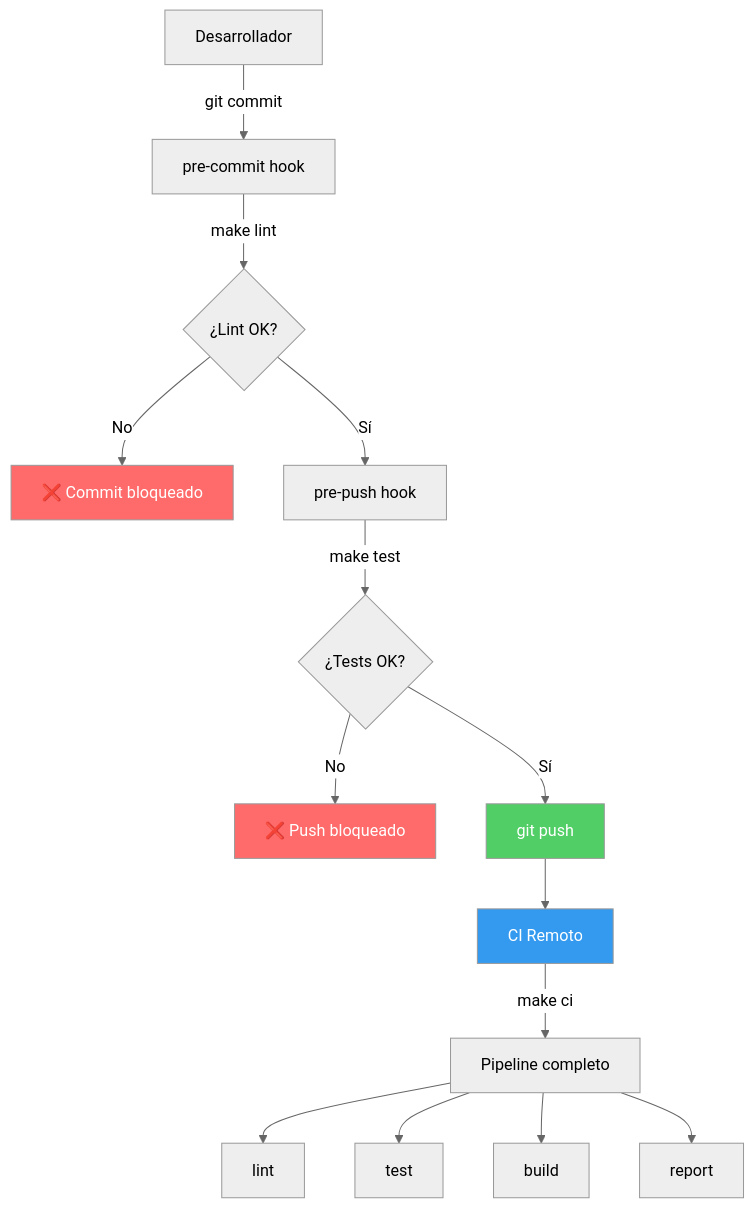
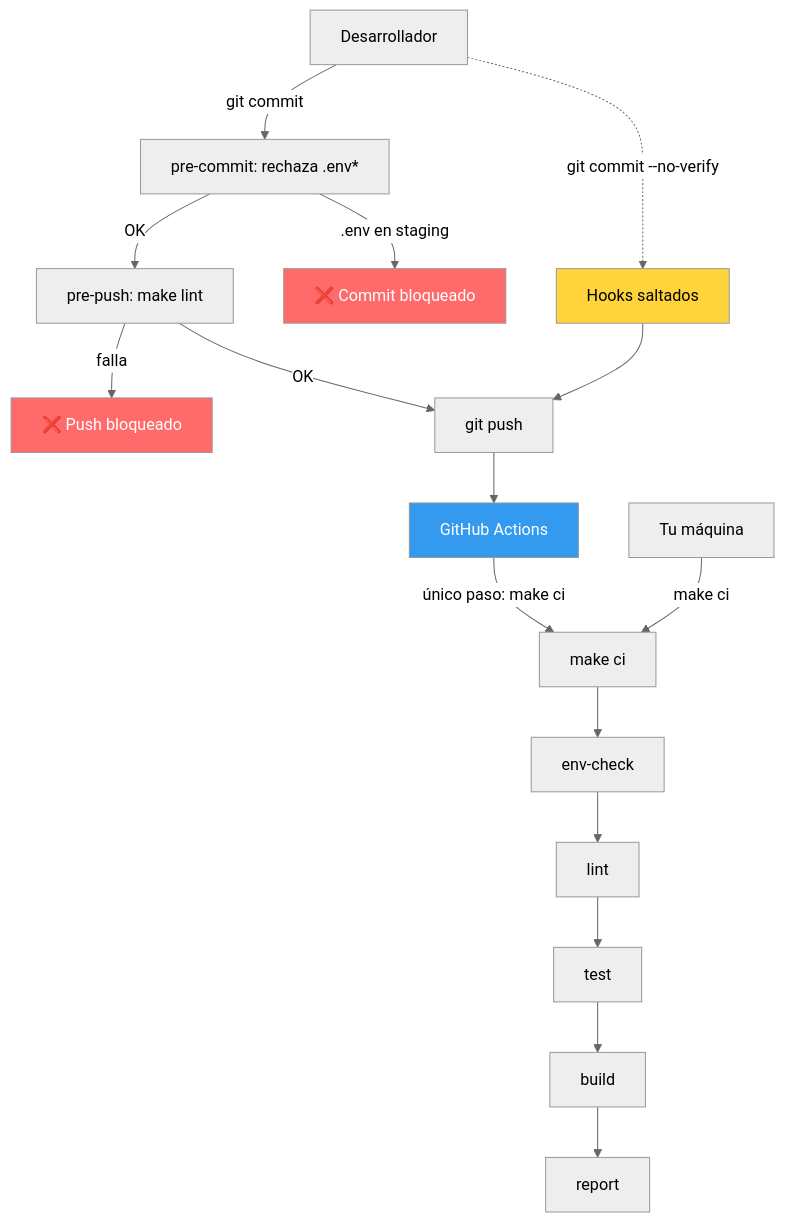
Before and after one commit to ergrato-dev/bc-makefile: the diagram in bootcamp/week-12-make_como_orquestador_devops/0-assets/01-make-como-orquestador.md, drawn with Mermaid (neutral theme). The commit also changed other lines of this file and 110 other files, not shown here.

````diff
--- a/bootcamp/week-12-make_como_orquestador_devops/0-assets/01-make-como-orquestador.md
+++ b/bootcamp/week-12-make_como_orquestador_devops/0-assets/01-make-como-orquestador.md
@@ -3,21 +3,19 @@
 ```mermaid
 graph TD
-    DEV[Desarrollador] -->|git commit| HOOK[pre-commit hook]
-    HOOK -->|make lint| LINT{¿Lint OK?}
-    LINT -->|No| FAIL1[❌ Commit bloqueado]
-    LINT -->|Sí| HOOK2[pre-push hook]
-    HOOK2 -->|make test| TEST{¿Tests OK?}
-    TEST -->|No| FAIL2[❌ Push bloqueado]
-    TEST -->|Sí| PUSH[git push]
-    PUSH --> CI[CI Remoto]
-    CI -->|make ci| PIPELINE[Pipeline completo]
-    PIPELINE --> LINT2[lint]
-    PIPELINE --> TEST2[test]
-    PIPELINE --> BUILD[build]
-    PIPELINE --> REPORT[report]
+    DEV[Desarrollador] -->|git commit| HOOK[pre-commit: rechaza .env*]
+    DEV -.->|git commit --no-verify| SKIP[Hooks saltados]
+    HOOK -->|OK| HOOK2[pre-push: make lint]
+    HOOK -->|.env en staging| FAIL1[❌ Commit bloqueado]
+    HOOK2 -->|falla| FAIL2[❌ Push bloqueado]
+    HOOK2 -->|OK| PUSH[git push]
+    SKIP --> PUSH
+    PUSH --> GHA[GitHub Actions]
+    GHA -->|único paso: make ci| CI[make ci]
+    LOCAL[Tu máquina] -->|make ci| CI
+    CI --> ENV[env-check] --> LINT[lint] --> TEST[test] --> BUILD[build] --> REPORT[report]
 
     style FAIL1 fill:#ff6b6b,color:#fff
     style FAIL2 fill:#ff6b6b,color:#fff
-    style PUSH fill:#51cf66,color:#fff
-    style CI fill:#339af0,color:#fff
+    style SKIP fill:#ffd43b
+    style GHA fill:#339af0,color:#fff
 ```
````
